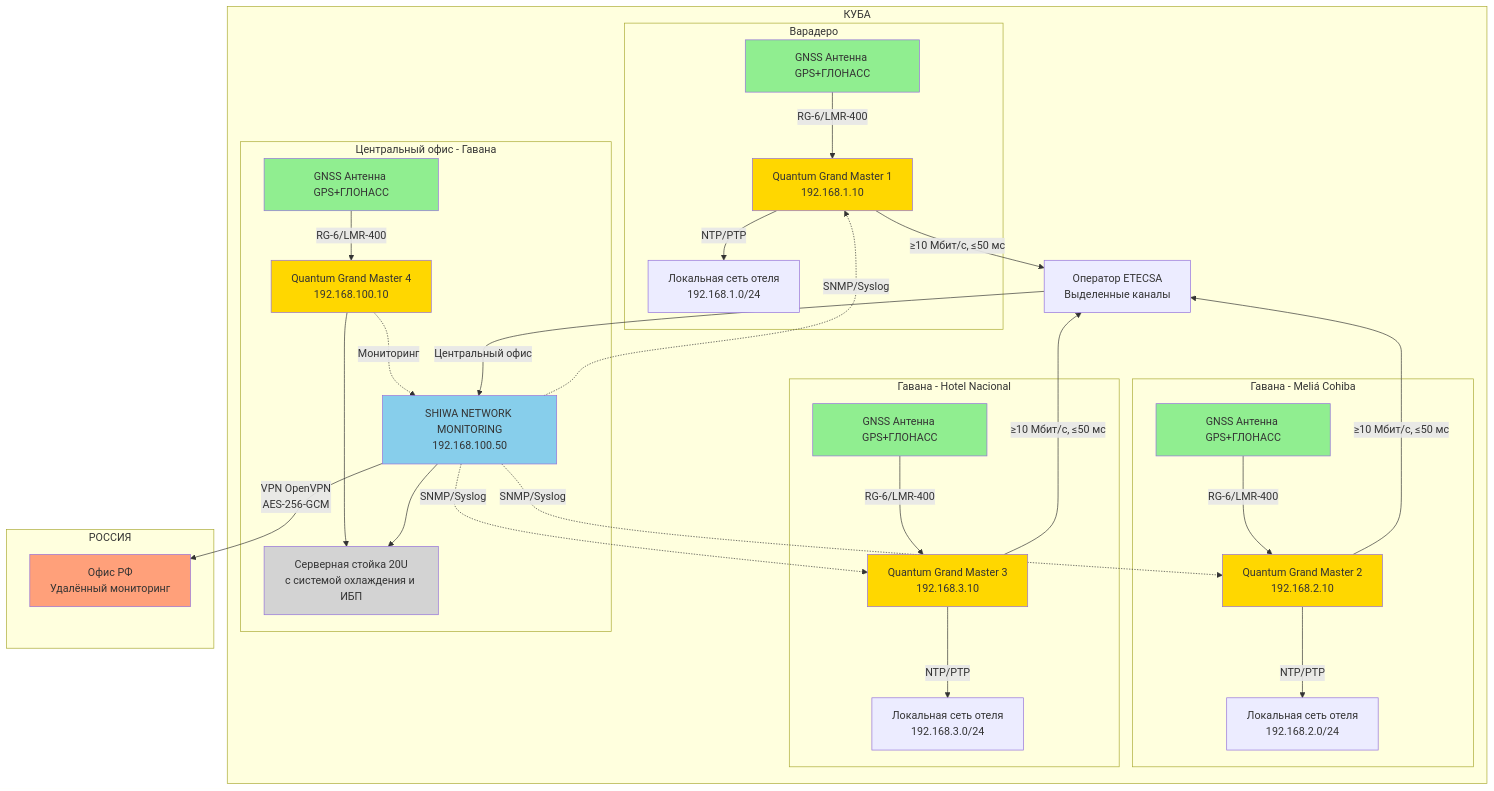
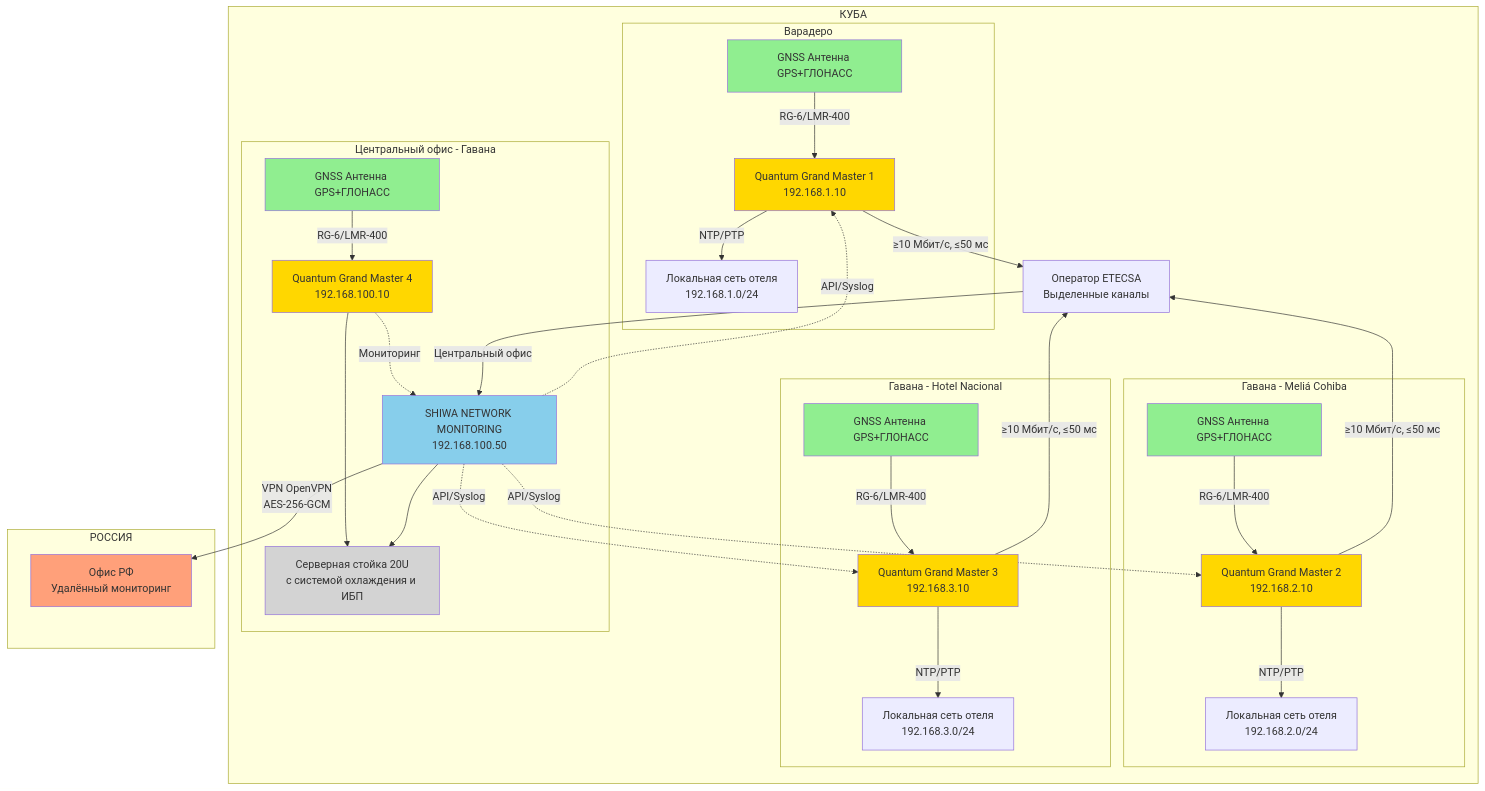
The first of 6 diagrams in network_diagrams.md (SiwaNetwork/BIZNES_HOTEL), drawn with Mermaid before and after one commit. The commit also changed other lines of this file and 3 other files, not shown here.

````diff
--- a/network_diagrams.md
+++ b/network_diagrams.md
@@ -17,67 +17,67 @@
 ```mermaid
 graph TB
     subgraph "КУБА"
         subgraph "Варадеро"
             ANT1[GNSS Антенна GPS+ГЛОНАСС]
             GM1[Quantum Grand Master 1<br/>192.168.1.10]
             NET1[Локальная сеть отеля<br/>192.168.1.0/24]
             ANT1 -->|RG-6/LMR-400| GM1
             GM1 -->|NTP/PTP| NET1
         end
         
         subgraph "Гавана - Meliá Cohiba"
             ANT2[GNSS Антенна GPS+ГЛОНАСС]
             GM2[Quantum Grand Master 2<br/>192.168.2.10]
             NET2[Локальная сеть отеля<br/>192.168.2.0/24]
             ANT2 -->|RG-6/LMR-400| GM2
             GM2 -->|NTP/PTP| NET2
         end
         
         subgraph "Гавана - Hotel Nacional"
             ANT3[GNSS Антенна GPS+ГЛОНАСС]
             GM3[Quantum Grand Master 3<br/>192.168.3.10]
             NET3[Локальная сеть отеля<br/>192.168.3.0/24]
             ANT3 -->|RG-6/LMR-400| GM3
             GM3 -->|NTP/PTP| NET3
         end
         
         subgraph "Центральный офис - Гавана"
             ANT4[GNSS Антенна GPS+ГЛОНАСС]
             GM4[Quantum Grand Master 4<br/>192.168.100.10]
             MON[SHIWA NETWORK MONITORING<br/>192.168.100.50]
             RACK[Серверная стойка 20U<br/>с системой охлаждения и ИБП]
             ANT4 -->|RG-6/LMR-400| GM4
             GM4 -.->|Мониторинг| MON
             GM4 --> RACK
             MON --> RACK
         end
         
         ETECSA[Оператор ETECSA<br/>Выделенные каналы]
         
         GM1 -->|≥10 Мбит/с, ≤50 мс| ETECSA
         GM2 -->|≥10 Мбит/с, ≤50 мс| ETECSA
         GM3 -->|≥10 Мбит/с, ≤50 мс| ETECSA
         ETECSA -->|Центральный офис| MON
-        MON -.->|SNMP/Syslog| GM1
-        MON -.->|SNMP/Syslog| GM2
-        MON -.->|SNMP/Syslog| GM3
+        MON -.->|API/Syslog| GM1
+        MON -.->|API/Syslog| GM2
+        MON -.->|API/Syslog| GM3
     end
     
     subgraph "РОССИЯ"
         RF_OFFICE[Офис РФ<br/>Удалённый мониторинг]
     end
     
     MON -->|VPN OpenVPN<br/>AES-256-GCM| RF_OFFICE
 
     style ANT1 fill:#90EE90
     style ANT2 fill:#90EE90
     style ANT3 fill:#90EE90
     style ANT4 fill:#90EE90
     style GM1 fill:#FFD700
     style GM2 fill:#FFD700
     style GM3 fill:#FFD700
     style GM4 fill:#FFD700
     style MON fill:#87CEEB
     style RACK fill:#D3D3D3
     style RF_OFFICE fill:#FFA07A
 ```
````
